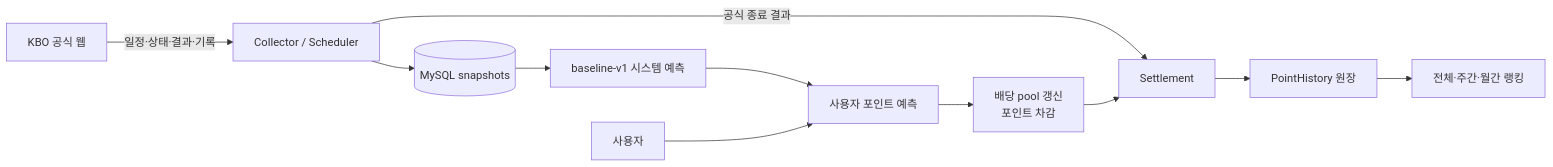
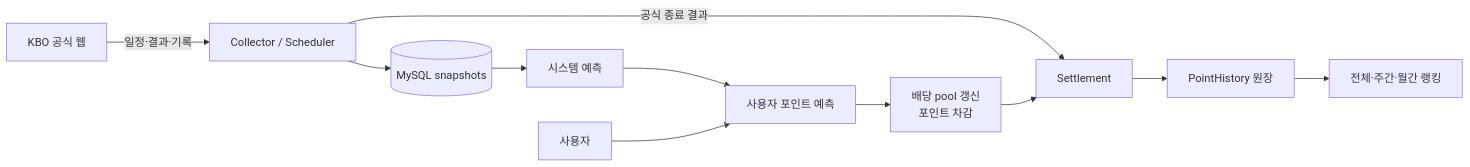
Before and after one commit to Song1524/KBO_Predictor: the first of 3 diagrams in README.md, drawn with Mermaid. The commit also changed other lines of this file and 1 other file, not shown here.

````diff
--- a/README.md
+++ b/README.md
@@ -29,13 +26,13 @@
 ```mermaid
 flowchart LR
-    KBO[KBO 공식 웹] -->|일정·상태·결과·기록| Collector[Collector / Scheduler]
+    KBO[KBO 공식 웹] -->|일정·결과·기록| Collector[Collector / Scheduler]
     Collector --> DB[(MySQL snapshots)]
-    DB --> SystemPrediction[baseline-v1 시스템 예측]
+    DB --> SystemPrediction[시스템 예측]
     SystemPrediction --> Participation[사용자 포인트 예측]
     User[사용자] --> Participation
     Participation --> Odds[배당 pool 갱신<br/>포인트 차감]
     Collector -->|공식 종료 결과| Settlement[Settlement]
     Odds --> Settlement
     Settlement --> Ledger[PointHistory 원장]
     Ledger --> Ranking[전체·주간·월간 랭킹]
 ```
````
